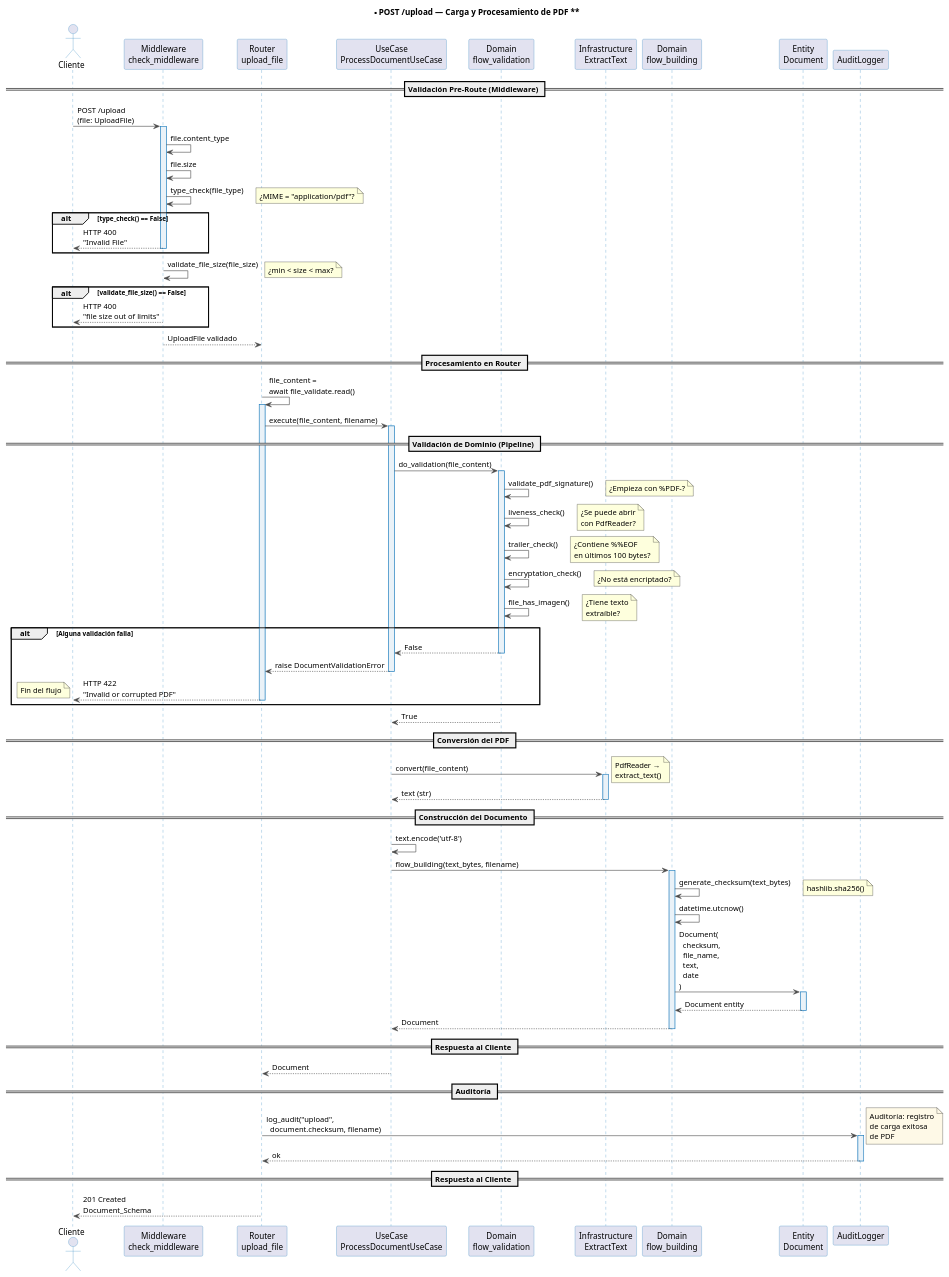
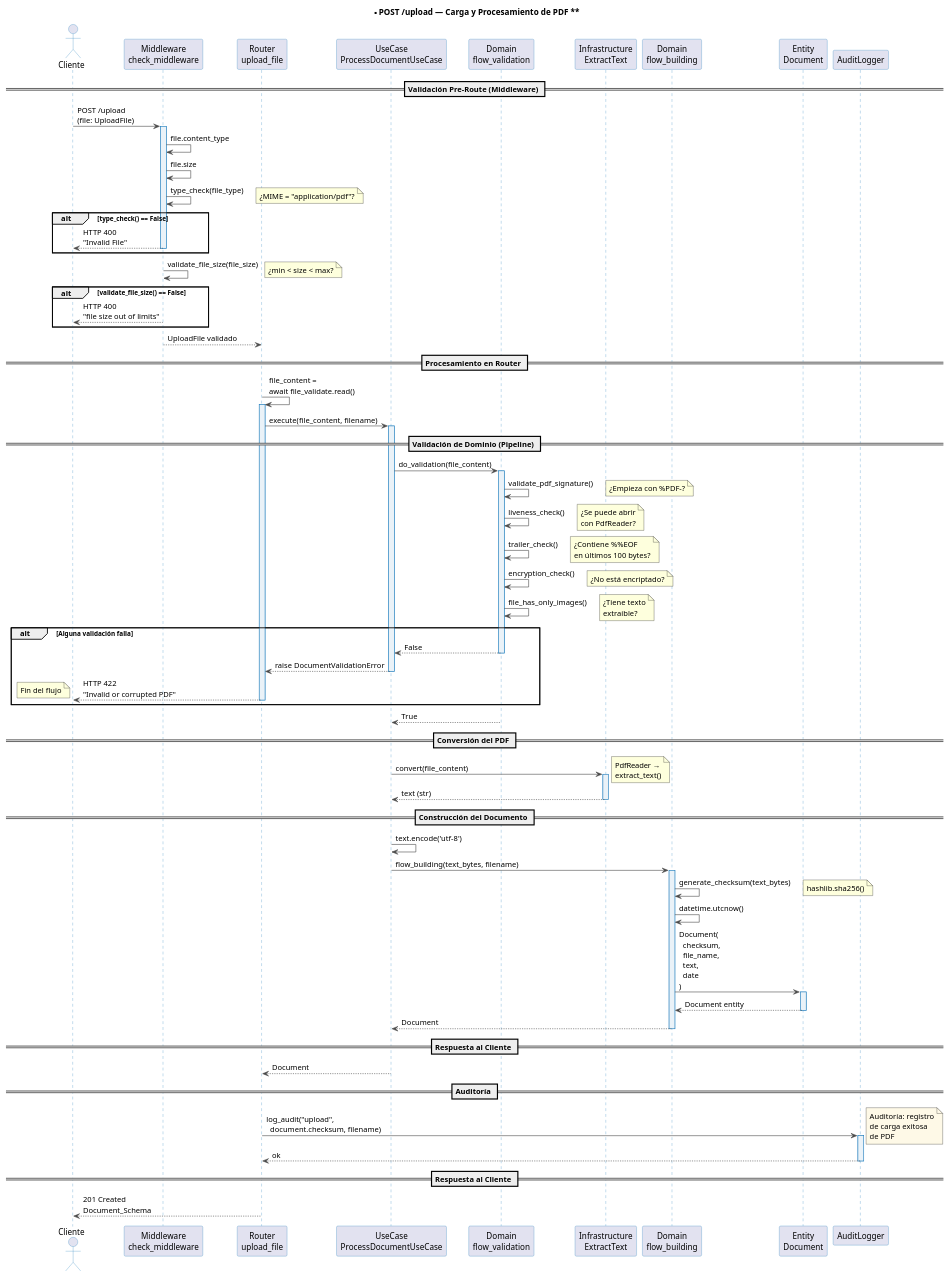
Before and after one commit to FrancoCarballoPratsUTN/pdf-extractext: the first of 5 diagrams in docs/diagrams/sequence_diagram/sequence-diagrams_code.puml, drawn with PlantUML. The commit also changed 3 other files, not shown here.

Commit message:
refact(app): Correccion de spanglish y renames (encryptation a encryption, Audit_Log a AuditLog, conversor a converter). #26

```diff
--- a/docs/diagrams/sequence_diagram/sequence-diagrams_code.puml
+++ b/docs/diagrams/sequence_diagram/sequence-diagrams_code.puml
@@ -5,118 +5,118 @@
 @startuml
 skinparam sequence {
     ArrowColor #4A4A4A
     ActorBorderColor #2E86C1
     ParticipantBorderColor #2E86C1
     LifeLineBackgroundColor #EAF2F8
     LifeLineBorderColor #2E86C1
 }
 
 title ** POST /upload — Carga y Procesamiento de PDF **
 
 actor "Cliente" as C
 participant "Middleware\ncheck_middleware" as MW
 participant "Router\nupload_file" as R
 participant "UseCase\nProcessDocumentUseCase" as UC
 participant "Domain\nflow_validation" as FV
 participant "Infrastructure\nExtractText" as EXT
 participant "Domain\nflow_building" as FB
 participant "Entity\nDocument" as ENT
 participant "AuditLogger" as AUD1
 
 == Validación Pre-Route (Middleware) ==
 
 C -> MW ++ : POST /upload\n(file: UploadFile)
 
 MW -> MW : file.content_type
 MW -> MW : file.size
 
 MW -> MW : type_check(file_type)
 note right: ¿MIME = "application/pdf"?
 
 alt type_check() == False
     MW --> C -- : HTTP 400\n"Invalid File"
 end
 
 MW -> MW : validate_file_size(file_size)
 note right: ¿min < size < max?
 
 alt validate_file_size() == False
     MW --> C -- : HTTP 400\n"file size out of limits"
 end
 
 MW --> R -- : UploadFile validado
 
 == Procesamiento en Router ==
 
 R -> R : file_content =\nawait file_validate.read()
 activate R
 
 R -> UC ++ : execute(file_content, filename)
 
 == Validación de Dominio (Pipeline) ==
 
 UC -> FV ++ : do_validation(file_content)
 
 FV -> FV : validate_pdf_signature()
 note right: ¿Empieza con %PDF-?
 
 FV -> FV : liveness_check()
 note right: ¿Se puede abrir\ncon PdfReader?
 
 FV -> FV : trailer_check()
 note right: ¿Contiene %%EOF\nen últimos 100 bytes?
 
-FV -> FV : encryptation_check()
+FV -> FV : encryption_check()
 note right: ¿No está encriptado?
 
-FV -> FV : file_has_imagen()
+FV -> FV : file_has_only_images()
 note right: ¿Tiene texto\nextraíble?
 
 alt Alguna validación falla
     FV --> UC -- : False
     UC --> R -- : raise DocumentValidationError
     R --> C -- : HTTP 422\n"Invalid or corrupted PDF"
     deactivate R
     note left: Fin del flujo
 end
 
 FV --> UC -- : True
 
 == Conversión del PDF ==
 
 UC -> EXT ++ : convert(file_content)
 note right: PdfReader →\nextract_text()
 EXT --> UC -- : text (str)
 
 == Construcción del Documento ==
 
 UC -> UC : text.encode('utf-8')
 
 UC -> FB ++ : flow_building(text_bytes, filename)
 
 FB -> FB : generate_checksum(text_bytes)
 note right: hashlib.sha256()
 
 FB -> FB : datetime.utcnow()
 
 FB -> ENT ++ : Document(\n  checksum,\n  file_name,\n  text,\n  date\n)
 ENT --> FB -- : Document entity
 
 FB --> UC -- : Document
 
 == Respuesta al Cliente ==
 
 UC --> R -- : Document
 
 == Auditoría ==
 
 R -> AUD1 ++ : log_audit("upload",\n  document.checksum, filename)
 note right #FEF9E7: Auditoría: registro\nde carga exitosa\nde PDF
 AUD1 --> R -- : ok
 
 == Respuesta al Cliente ==
 
 R --> C -- : 201 Created\nDocument_Schema
 
 deactivate R
 @enduml
```
